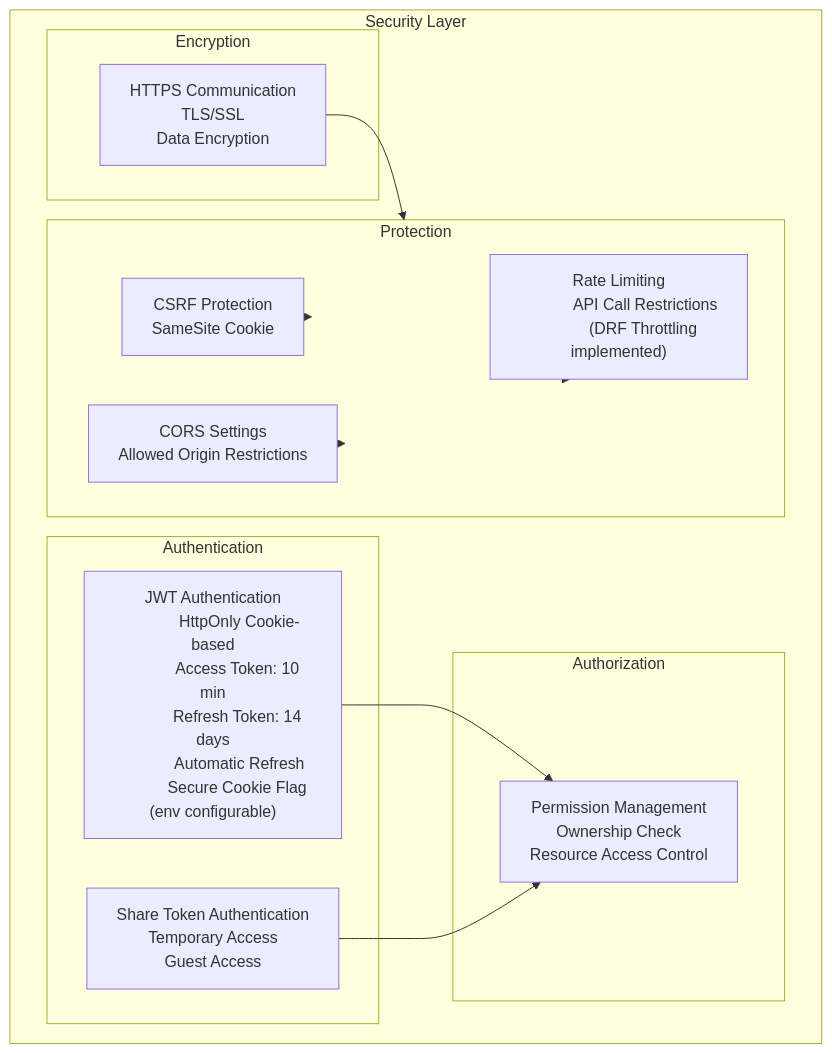
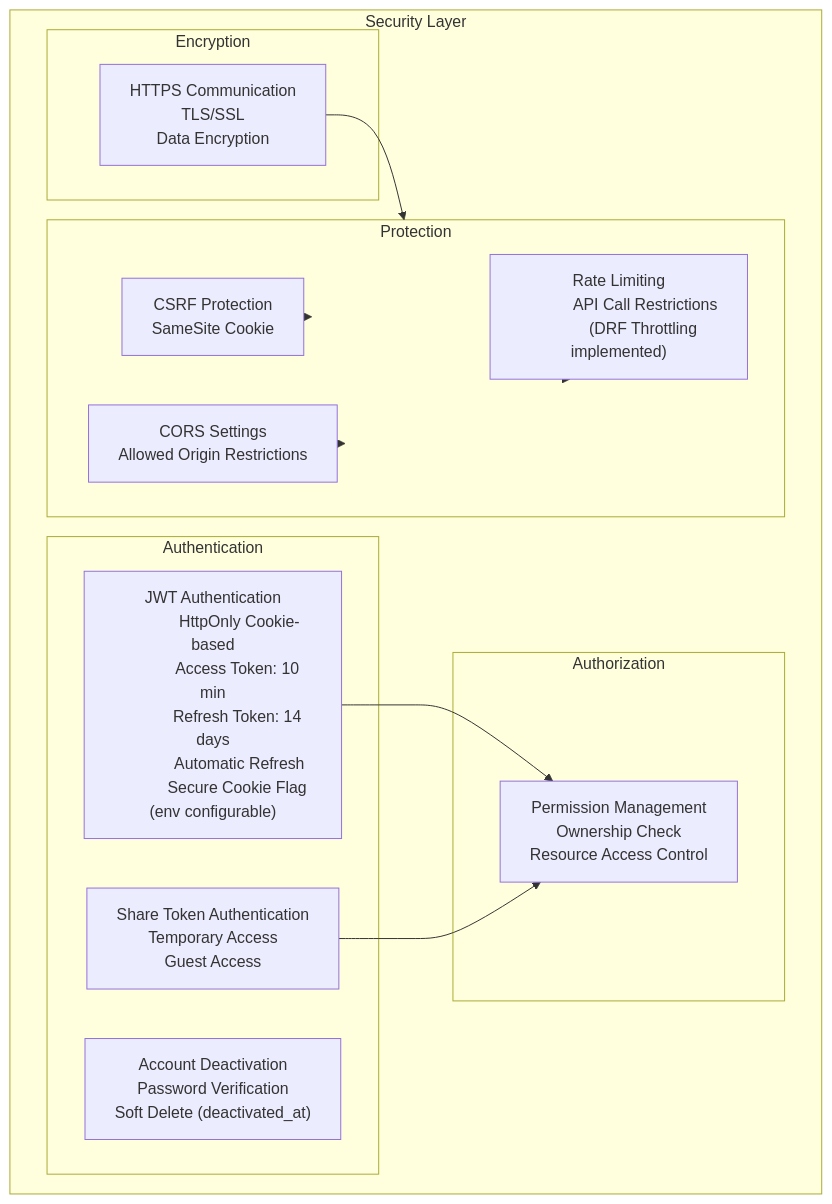
The fourth of 7 diagrams in docs/architecture/system-configuration-diagram.md (yukiharada1228/videoq), drawn with Mermaid before and after one commit. The commit also changed 13 other files, not shown here.

Commit message:
docs: update diagrams for account deactivation

````diff
--- a/docs/architecture/system-configuration-diagram.md
+++ b/docs/architecture/system-configuration-diagram.md
@@ -213,45 +213,48 @@
 ```mermaid
 graph TB
     subgraph Security["Security Layer"]
         subgraph Authentication["Authentication"]
             JWT["JWT Authentication
             HttpOnly Cookie-based
             Access Token: 10 min
             Refresh Token: 14 days
             Automatic Refresh
             Secure Cookie Flag (env configurable)"]
             ShareToken["Share Token Authentication
             Temporary Access
             Guest Access"]
+            AccountDeactivation["Account Deactivation
+            Password Verification
+            Soft Delete (deactivated_at)"]
         end
 
         subgraph Authorization["Authorization"]
             Permissions["Permission Management
             Ownership Check
             Resource Access Control"]
         end
 
         subgraph Encryption["Encryption"]
             HTTPS["HTTPS Communication
             TLS/SSL
             Data Encryption"]
         end
 
         subgraph Protection["Protection"]
             CSRF["CSRF Protection
             SameSite Cookie"]
             CORS["CORS Settings
             Allowed Origin Restrictions"]
             RateLimit["Rate Limiting
             API Call Restrictions
             (DRF Throttling implemented)"]
         end
     end
 
     JWT --> Permissions
     ShareToken --> Permissions
     HTTPS --> Protection
     CSRF --> Protection
     CORS --> Protection
     RateLimit --> Protection
 ```
````
